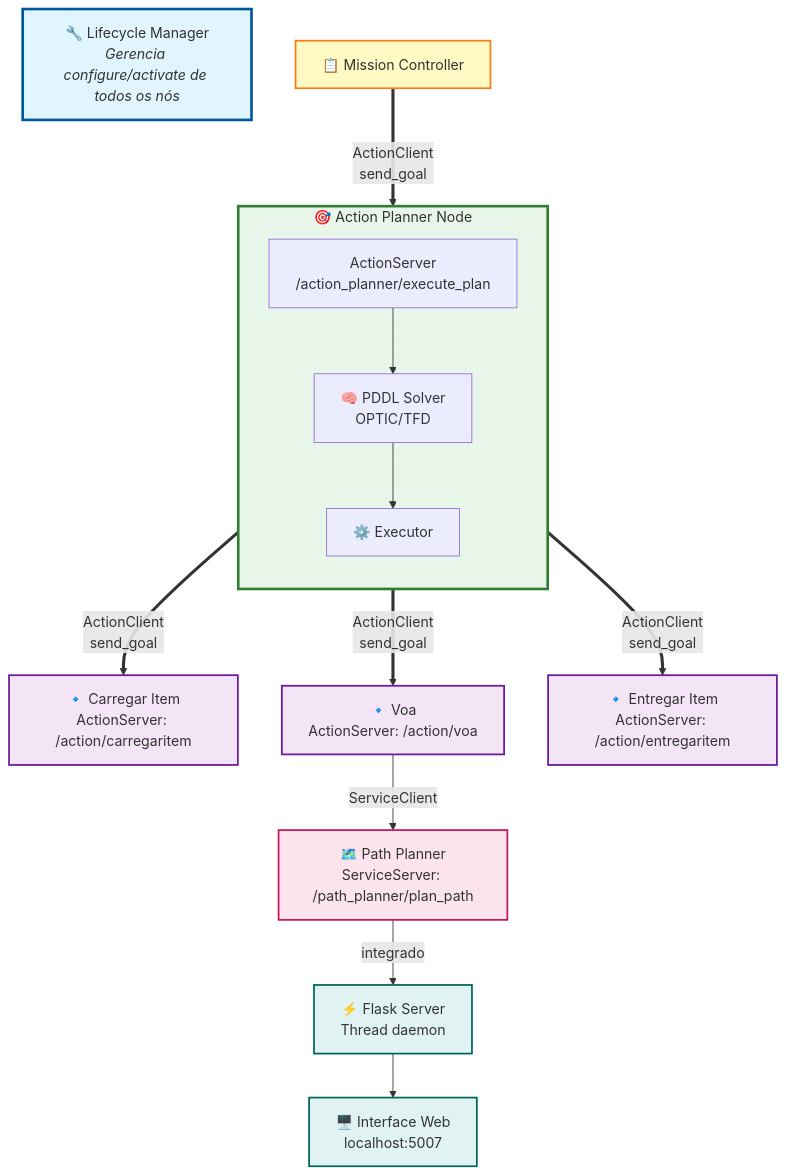
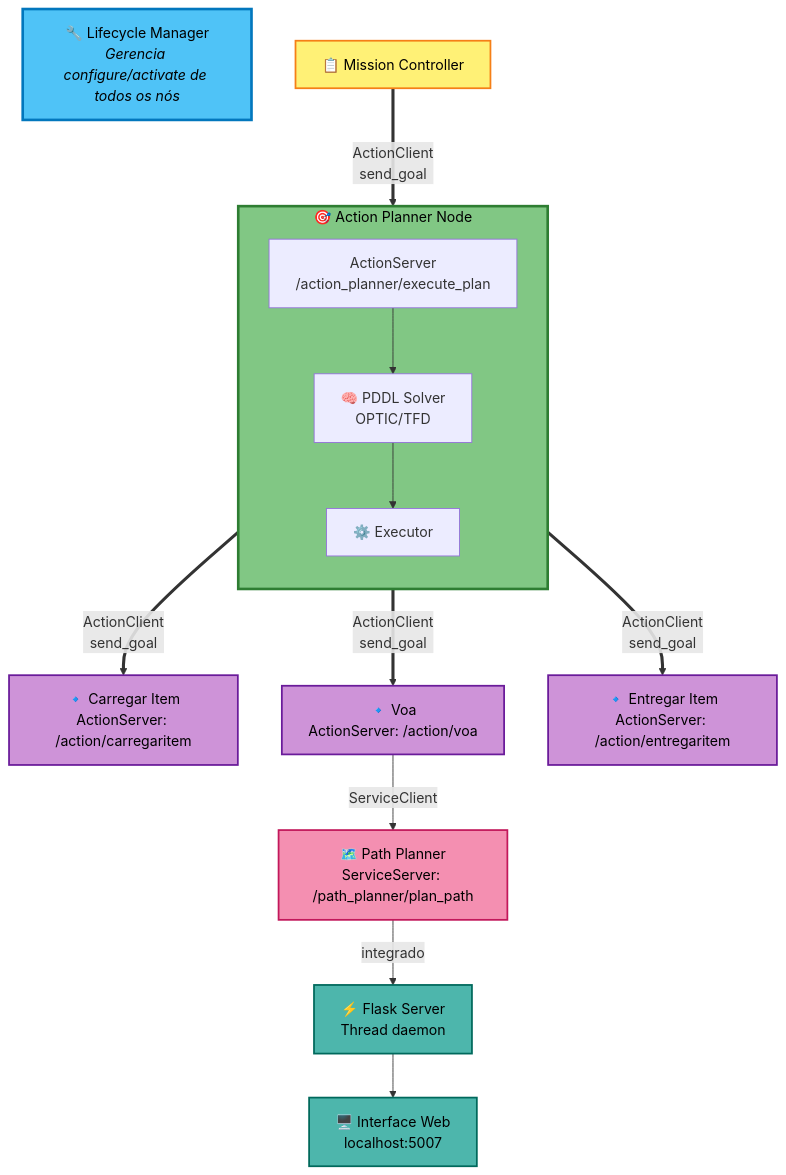
One commit to RaphaelBonaccorsi/action_planner changed the diagram in readme.md. Above: the diagram before and after it, drawn with Mermaid.

Commit message:
feat: update color styles in architecture diagram for better visibility

````diff
--- a/readme.md
+++ b/readme.md
@@ -89,49 +89,49 @@
 ```mermaid
 graph TB
     LC[🔧 Lifecycle Manager<br/><i>Gerencia configure/activate de todos os nós</i>]
     
     MC[📋 Mission Controller]
     
     subgraph APNode["🎯 Action Planner Node"]
         direction TB
         APS[ActionServer<br/>/action_planner/execute_plan]
         SOLVER[🧠 PDDL Solver<br/>OPTIC/TFD]
         APE[⚙️ Executor]
         
         APS --> SOLVER --> APE
     end
     
     CARR[🔹 Carregar Item<br/>ActionServer: /action/carregaritem]
     VOA[🔹 Voa<br/>ActionServer: /action/voa]
     ENT[🔹 Entregar Item<br/>ActionServer: /action/entregaritem]
     
     PP[🗺️ Path Planner<br/>ServiceServer: /path_planner/plan_path]
     
     FLASK[⚡ Flask Server<br/>Thread daemon]
     UI[🖥️ Interface Web<br/>localhost:5007]
     
     %% Mission flow
     MC ==>|ActionClient<br/>send_goal| APS
     
     %% Action execution
     APE ==>|ActionClient<br/>send_goal| CARR
     APE ==>|ActionClient<br/>send_goal| VOA
     APE ==>|ActionClient<br/>send_goal| ENT
     
     %% Path planning
     VOA -->|ServiceClient| PP
     
     %% Visualization
     PP -->|integrado| FLASK
     FLASK --> UI
     
-    style LC fill:#e1f5ff,stroke:#01579b,stroke-width:3px
-    style MC fill:#fff9c4,stroke:#f57f17,stroke-width:2px
-    style APNode fill:#e8f5e9,stroke:#2e7d32,stroke-width:3px
-    style CARR fill:#f3e5f5,stroke:#6a1b9a,stroke-width:2px
-    style VOA fill:#f3e5f5,stroke:#6a1b9a,stroke-width:2px
-    style ENT fill:#f3e5f5,stroke:#6a1b9a,stroke-width:2px
-    style PP fill:#fce4ec,stroke:#c2185b,stroke-width:2px
-    style FLASK fill:#e0f2f1,stroke:#00695c,stroke-width:2px
-    style UI fill:#e0f2f1,stroke:#00695c,stroke-width:2px
+    style LC fill:#4fc3f7,stroke:#0277bd,stroke-width:3px,color:#000
+    style MC fill:#fff176,stroke:#f57f17,stroke-width:2px,color:#000
+    style APNode fill:#81c784,stroke:#2e7d32,stroke-width:3px,color:#000
+    style CARR fill:#ce93d8,stroke:#6a1b9a,stroke-width:2px,color:#000
+    style VOA fill:#ce93d8,stroke:#6a1b9a,stroke-width:2px,color:#000
+    style ENT fill:#ce93d8,stroke:#6a1b9a,stroke-width:2px,color:#000
+    style PP fill:#f48fb1,stroke:#c2185b,stroke-width:2px,color:#000
+    style FLASK fill:#4db6ac,stroke:#00695c,stroke-width:2px,color:#000
+    style UI fill:#4db6ac,stroke:#00695c,stroke-width:2px,color:#000
 ```
````
